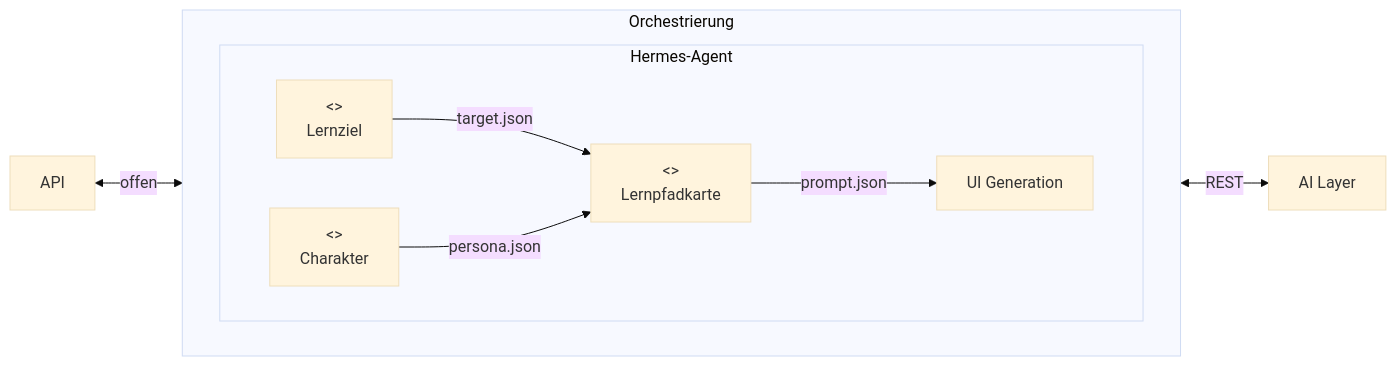
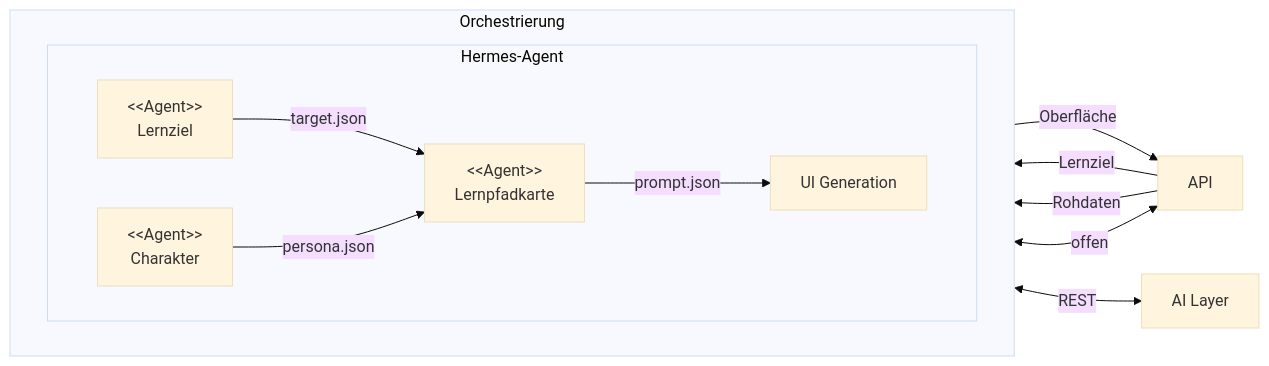
The third of 3 diagrams in doc/architecture/05-bausteinsicht.md (jomatotu/learning-in-progress), drawn with Mermaid (base theme) before and after one commit. The commit also changed other lines of this file, not shown here.

Commit message:
Update architectural documentation to clarify the sequence of components in the learning path, including references to relevant sections for better navigation. Adjust diagram labels for improved readability and detail the runtime interactions among agents.

````diff
--- a/doc/architecture/05-bausteinsicht.md
+++ b/doc/architecture/05-bausteinsicht.md
@@ -57,23 +57,26 @@
 ```mermaid
 flowchart LR
   api[API]
 
   subgraph orch [Orchestrierung]
     direction LR
     subgraph hermes [Hermes-Agent]
       direction LR
-      lernziel["<<Agent>>\nLernziel"]
-      charakter["<<Agent>>\nCharakter"]
-      karte["<<Agent>>\nLernpfadkarte"]
+      lernziel["&lt;&lt;Agent&gt;&gt;<br/>Lernziel"]
+      charakter["&lt;&lt;Agent&gt;&gt;<br/>Charakter"]
+      karte["&lt;&lt;Agent&gt;&gt;<br/>Lernpfadkarte"]
       ui[UI Generation]
     end
   end
 
   ai[AI Layer]
 
   api <-->|offen| orch
   orch <-->|REST| ai
+  api -->|Lernziel| lernziel
+  api -->|Rohdaten| charakter
   lernziel -->|target.json| karte
   charakter -->|persona.json| karte
   karte -->|prompt.json| ui
+  ui -->|Oberfläche| api
 ```
````
